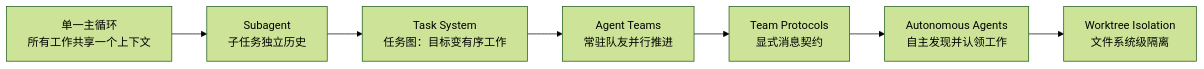
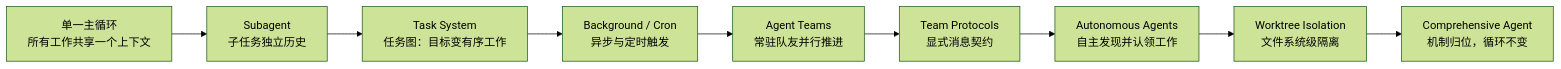
Before and after one commit to Loadhao/ascension: the diagram in src/content/docs/ai/advanced/agent/multi-agent.md, drawn with Mermaid (forest theme). The commit also changed other lines of this file and 11 other files, not shown here.

````diff
--- a/src/content/docs/ai/advanced/agent/multi-agent.md
+++ b/src/content/docs/ai/advanced/agent/multi-agent.md
@@ -22,9 +23,11 @@
 ```mermaid
 flowchart LR
     A[单一主循环<br/>所有工作共享一个上下文] --> B[Subagent<br/>子任务独立历史]
     B --> C[Task System<br/>任务图：目标变有序工作]
-    C --> D[Agent Teams<br/>常驻队友并行推进]
-    D --> E[Team Protocols<br/>显式消息契约]
-    E --> F[Autonomous Agents<br/>自主发现并认领工作]
-    F --> G[Worktree Isolation<br/>文件系统级隔离]
+    C --> D[Background / Cron<br/>异步与定时触发]
+    D --> E[Agent Teams<br/>常驻队友并行推进]
+    E --> F[Team Protocols<br/>显式消息契约]
+    F --> G[Autonomous Agents<br/>自主发现并认领工作]
+    G --> H[Worktree Isolation<br/>文件系统级隔离]
+    H --> I[Comprehensive Agent<br/>机制归位，循环不变]
 ```
````
